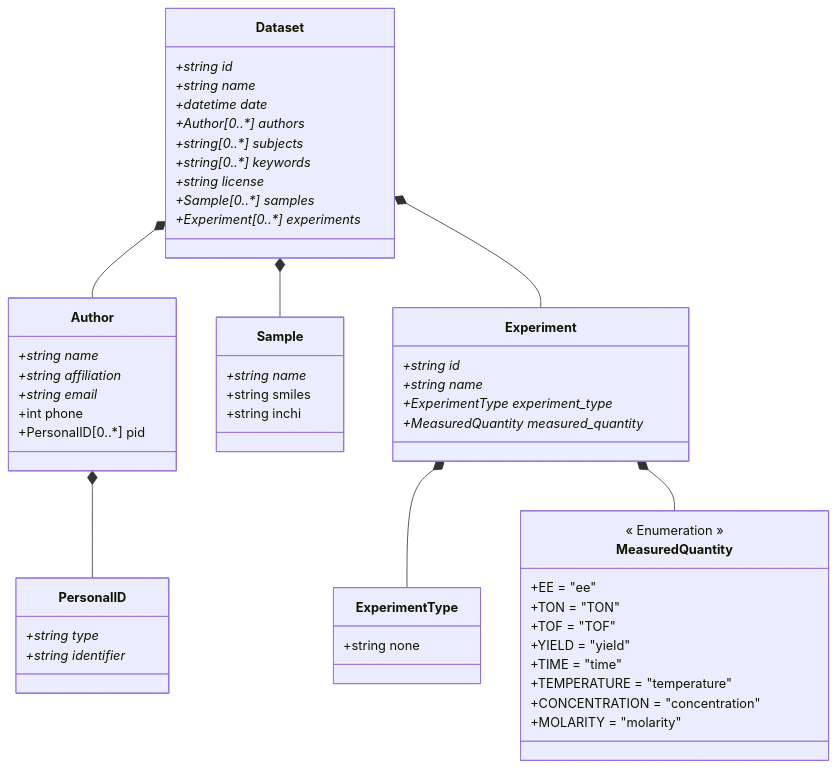
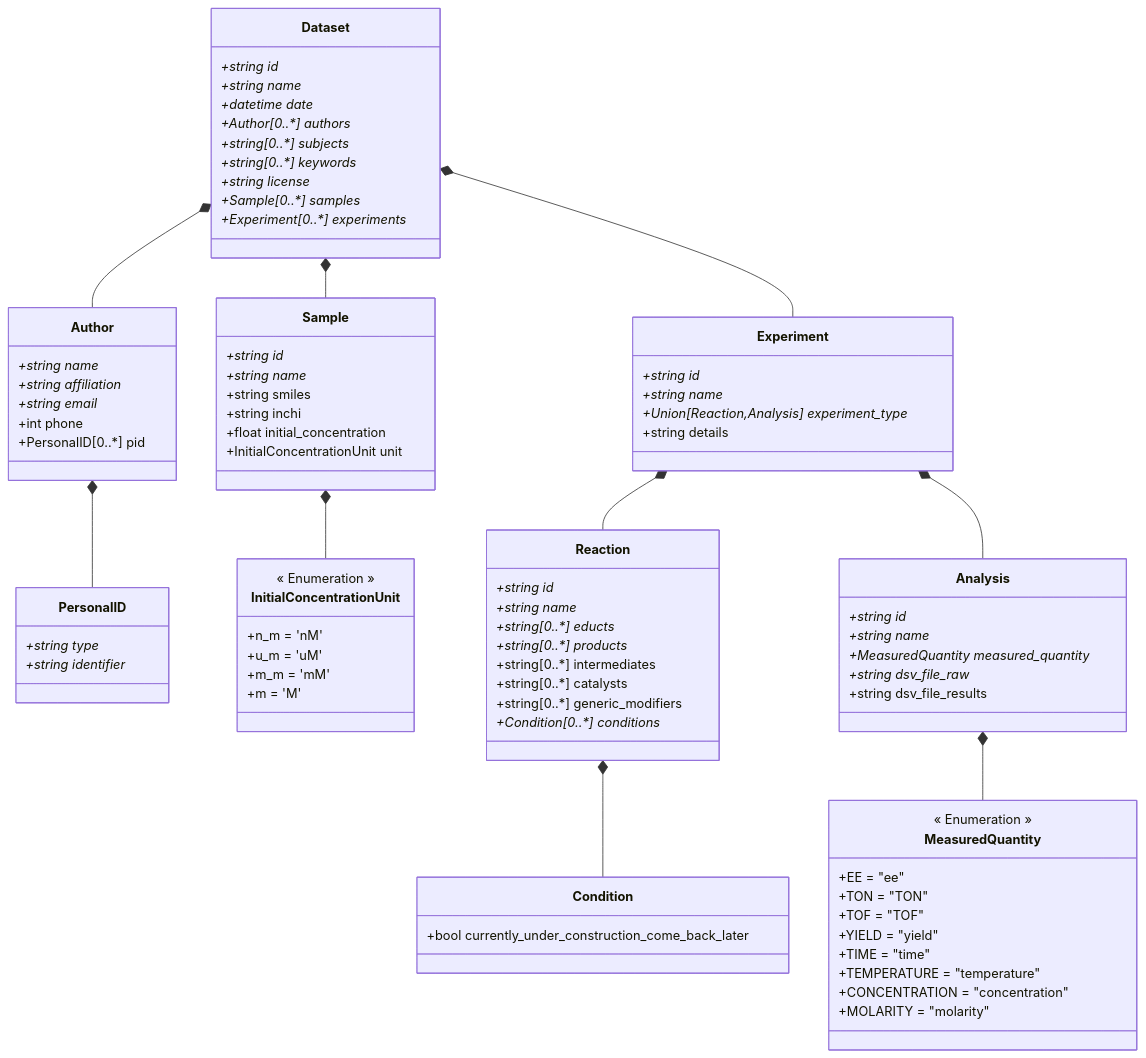
One commit to FAIRChemistry/datamodel_b06 changed the diagram in DatamodelB06/schemes/Data model for CRC 1333 project B06.md. Above: the diagram before and after it, drawn with Mermaid. The commit also changed 9 other files, not shown here.

```diff
--- a/DatamodelB06/schemes/Data model for CRC 1333 project B06.md
+++ b/DatamodelB06/schemes/Data model for CRC 1333 project B06.md
@@ -4,8 +4,11 @@
     Dataset *-- Sample
     Dataset *-- Experiment
     Author *-- PersonalID
-    Experiment *-- ExperimentType
-    Experiment *-- MeasuredQuantity
+    Sample *-- InitialConcentrationUnit
+    Experiment *-- Reaction
+    Experiment *-- Analysis
+    Reaction *-- Condition
+    Analysis *-- MeasuredQuantity
     
     class Dataset {
         +string id*
@@ -33,20 +36,50 @@
     }
     
     class Sample {
+        +string id*
         +string name*
         +string smiles
         +string inchi
+        +float initial_concentration
+        +InitialConcentrationUnit unit
     }
     
     class Experiment {
         +string id*
         +string name*
-        +ExperimentType experiment_type*
-        +MeasuredQuantity measured_quantity*
+        +Union[Reaction,Analysis] experiment_type*
+        +string details
     }
     
-    class ExperimentType {
-        +string none
+    class Reaction {
+        +string id*
+        +string name*
+        +string[0..*] educts*
+        +string[0..*] products*
+        +string[0..*] intermediates
+        +string[0..*] catalysts
+        +string[0..*] generic_modifiers
+        +Condition[0..*] conditions*
+    }
+    
+    class Condition {
+        +bool currently_under_construction_come_back_later
+    }
+    
+    class Analysis {
+        +string id*
+        +string name*
+        +MeasuredQuantity measured_quantity*
+        +string dsv_file_raw*
+        +string dsv_file_results
+    }
+    
+    class InitialConcentrationUnit {
+        << Enumeration >>
+        +n_m = 'nM'
+        +u_m = 'uM'
+        +m_m = 'mM'
+        +m = 'M'
     }
     
     class MeasuredQuantity {
```
